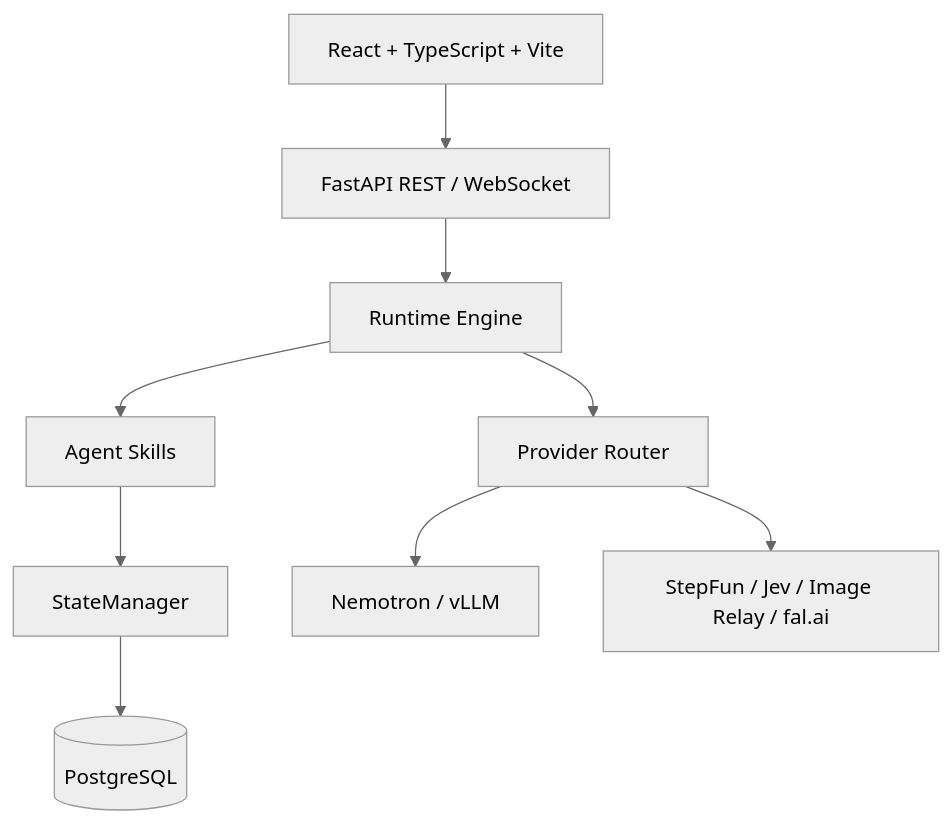
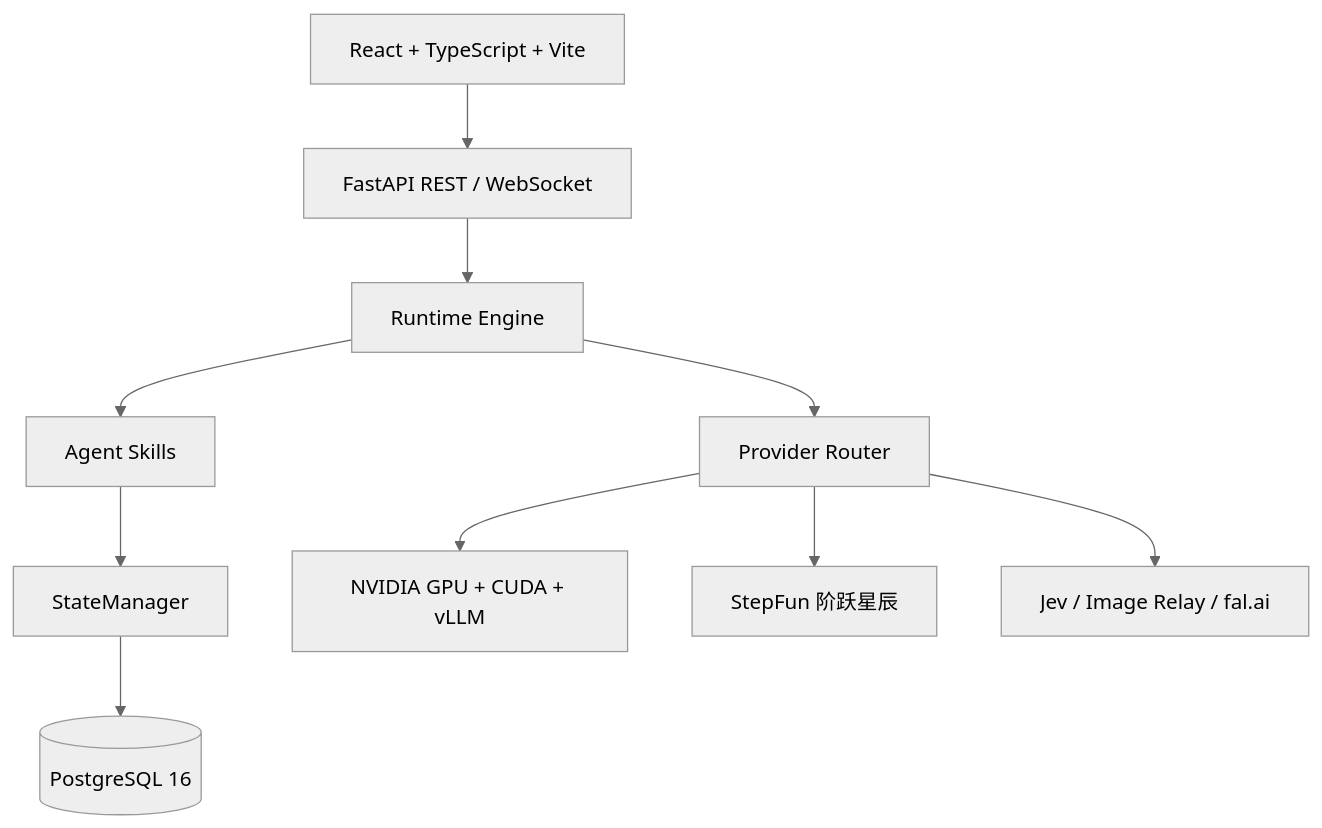
The diagram in docs/TECH_STACK.md (lujunlin-cn/Interaction), drawn with Mermaid (neutral theme) before and after one commit. The commit also changed other lines of this file and 3 other files, not shown here.

````diff
--- a/docs/TECH_STACK.md
+++ b/docs/TECH_STACK.md
@@ -5,18 +5,19 @@
 ```mermaid
 flowchart TB
     UI[React + TypeScript + Vite]
     API[FastAPI REST / WebSocket]
     RT[Runtime Engine]
     SK[Agent Skills]
     SM[StateManager]
-    DB[(PostgreSQL)]
+    DB[(PostgreSQL 16)]
     PR[Provider Router]
-    LOCAL[Nemotron / vLLM]
-    CLOUD[StepFun / Jev / Image Relay / fal.ai]
+    NVIDIA[NVIDIA GPU + CUDA + vLLM]
+    STEP[StepFun 阶跃星辰]
+    CLOUD[Jev / Image Relay / fal.ai]
     UI --> API --> RT
-    RT --> SK
-    SK --> SM --> DB
+    RT --> SK --> SM --> DB
     RT --> PR
-    PR --> LOCAL
+    PR --> NVIDIA
+    PR --> STEP
     PR --> CLOUD
 ```
````
